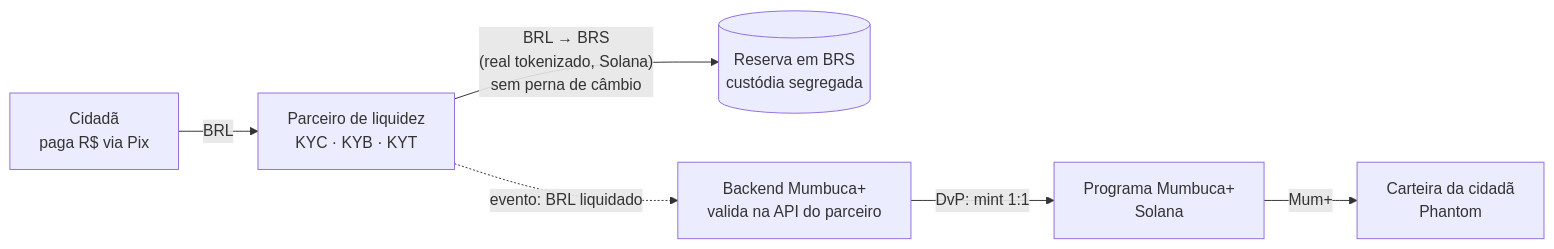
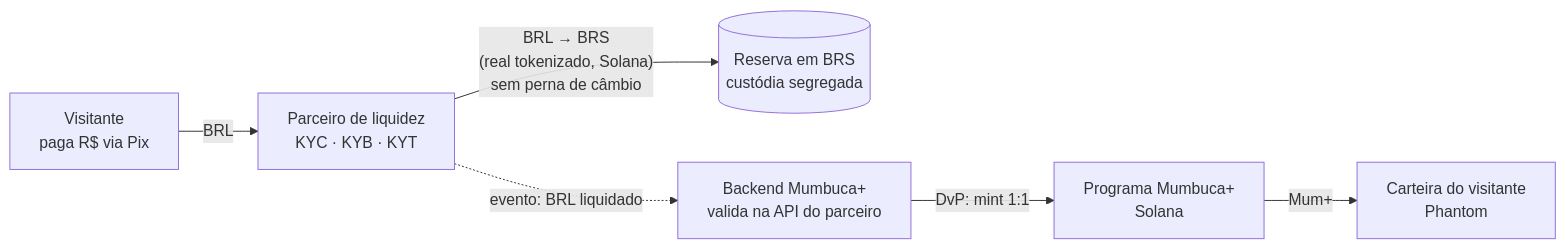
One commit to Peragus01/Mumbuca-plus changed the first of 4 diagrams in README.md. Above: the diagram before and after it, drawn with Mermaid. The commit also changed other lines of this file and 1 other file, not shown here.

````diff
--- a/README.md
+++ b/README.md
@@ -58,8 +70,8 @@
 ```mermaid
 flowchart LR
-    A["Cidadã<br/>paga R$ via Pix"] -->|BRL| B["Parceiro de liquidez<br/>KYC · KYB · KYT"]
+    A["Visitante<br/>paga R$ via Pix"] -->|BRL| B["Parceiro de liquidez<br/>KYC · KYB · KYT"]
     B -->|"BRL → BRS<br/>(real tokenizado, Solana)<br/>sem perna de câmbio"| C[("Reserva em BRS<br/>custódia segregada")]
     B -.->|"evento: BRL liquidado"| D["Backend Mumbuca+<br/>valida na API do parceiro"]
     D -->|"DvP: mint 1:1"| E["Programa Mumbuca+<br/>Solana"]
-    E -->|"Mum+"| F["Carteira da cidadã<br/>Phantom"]
+    E -->|"Mum+"| F["Carteira do visitante<br/>Phantom"]
 ```
````
